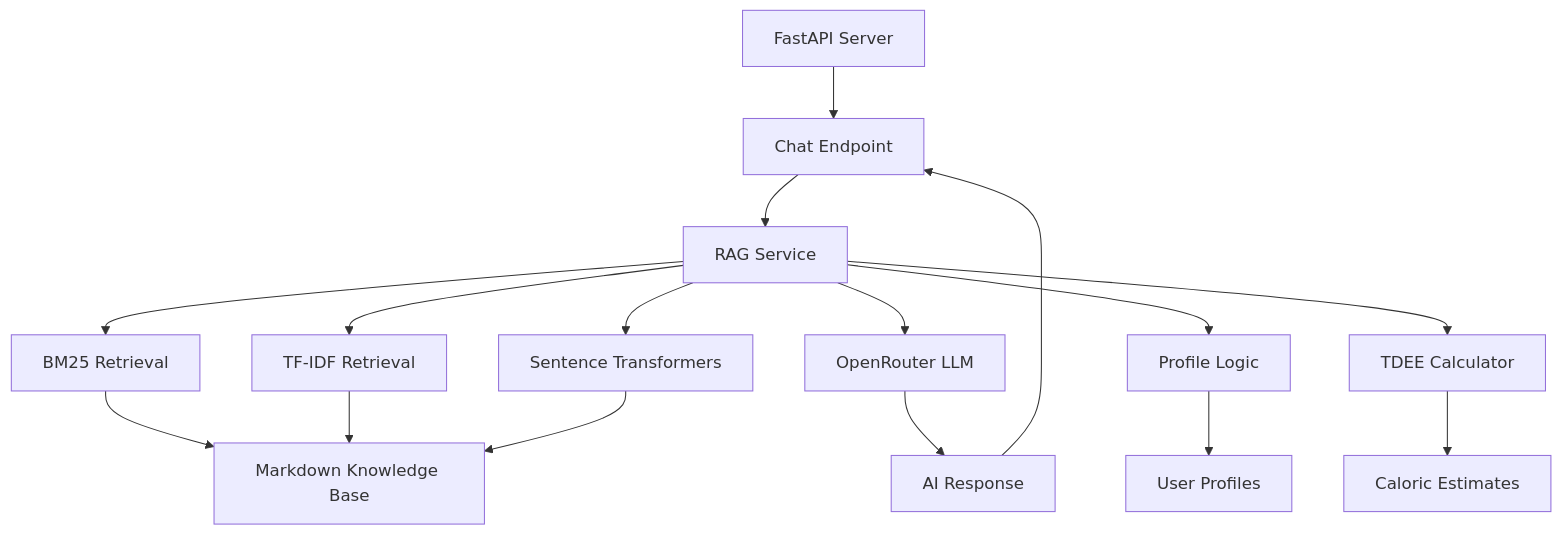
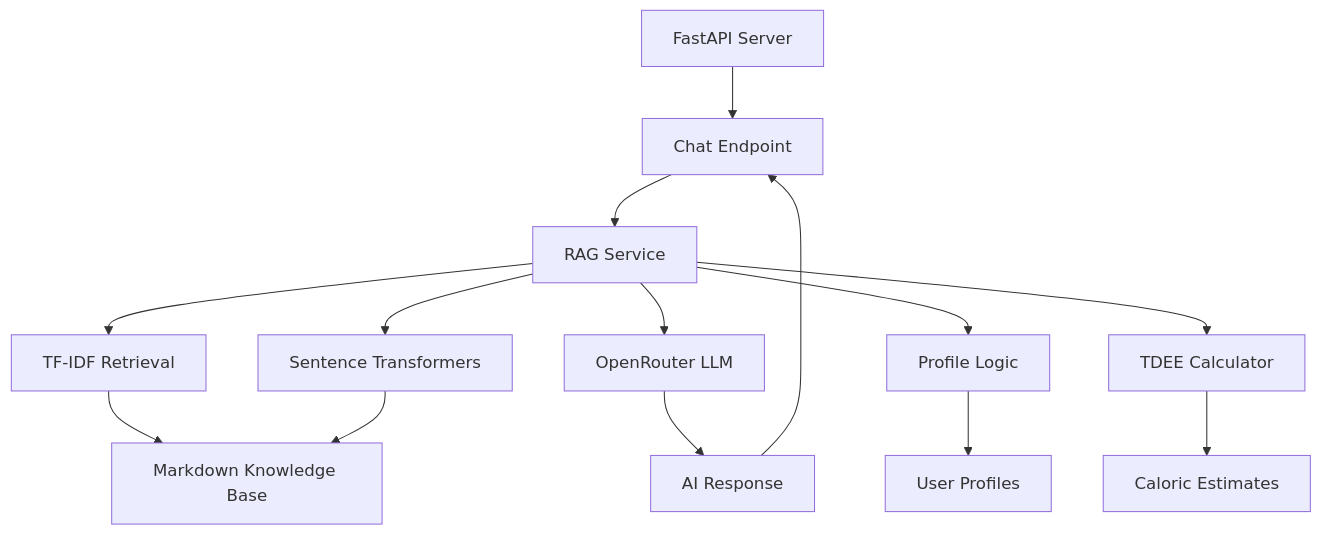
Before and after one commit to JoeyRudd/ai-fitness-coach: the second of 3 diagrams in README.md, drawn with Mermaid. The commit also changed other lines of this file and 3 other files, not shown here.

````diff
--- a/README.md
+++ b/README.md
@@ -221,19 +220,17 @@
 ```mermaid
 graph TD
     A[FastAPI Server] --> B[Chat Endpoint]
     B --> C[RAG Service]
-    C --> D[BM25 Retrieval]
-    C --> E[TF-IDF Retrieval]
+    C --> D[TF-IDF Retrieval]
     C --> F[Sentence Transformers]
     D --> G[Markdown Knowledge Base]
-    E --> G
     F --> G
     C --> H[OpenRouter LLM]
     C --> I[Profile Logic]
     C --> J[TDEE Calculator]
     I --> K[User Profiles]
     J --> L[Caloric Estimates]
 
     H --> M[AI Response]
     M --> B
 ```
````
